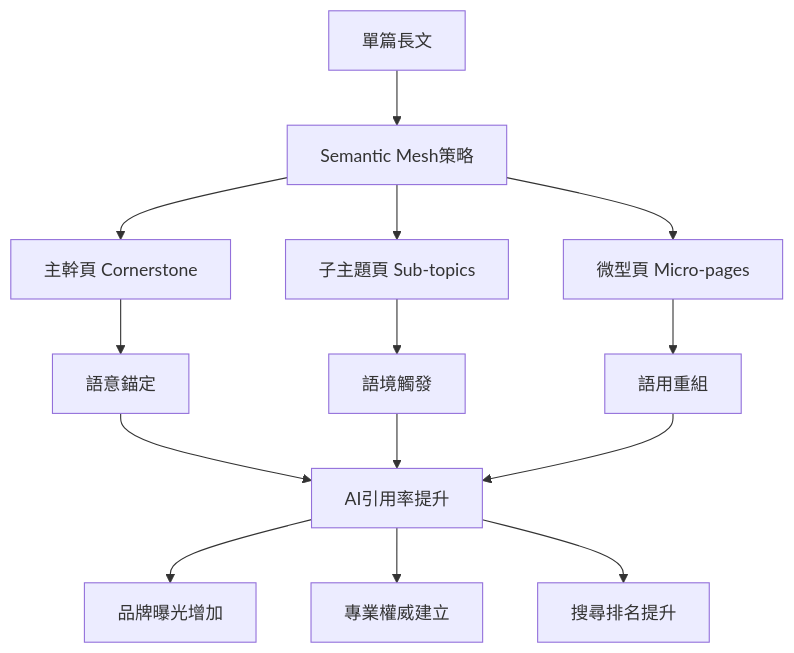
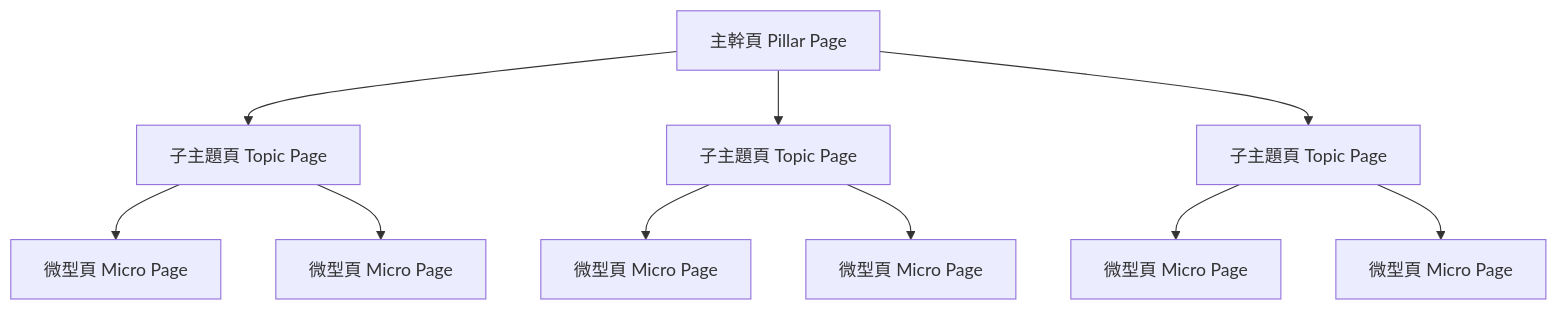
One commit to bless25min/AIOGEO-Knowledge changed the first of 2 diagrams in posts/semantic-mesh.md. Above: the diagram before and after it, drawn with Mermaid. The commit also changed other lines of this file, not shown here.

````diff
--- a/posts/semantic-mesh.md
+++ b/posts/semantic-mesh.md
@@ -13,19 +13,15 @@
 ```mermaid
-graph TB
-    A[單篇長文] --> B[Semantic Mesh策略]
-    B --> C[主幹頁 Cornerstone]
-    B --> D[子主題頁 Sub-topics] 
-    B --> E[微型頁 Micro-pages]
+graph TD
+    A[主幹頁 Pillar Page] --> B[子主題頁 Topic Page]
+    A --> C[子主題頁 Topic Page]  
+    A --> D[子主題頁 Topic Page]
     
-    C --> F[語意錨定]
-    D --> G[語境觸發]
-    E --> H[語用重組]
+    B --> E[微型頁 Micro Page]
+    B --> F[微型頁 Micro Page]
     
-    F --> I[AI引用率提升]
-    G --> I
-    H --> I
+    C --> G[微型頁 Micro Page]
+    C --> H[微型頁 Micro Page]
     
-    I --> J[品牌曝光增加]
-    I --> K[專業權威建立]
-    I --> L[搜尋排名提升]
+    D --> I[微型頁 Micro Page]
+    D --> J[微型頁 Micro Page]
 ```
````
